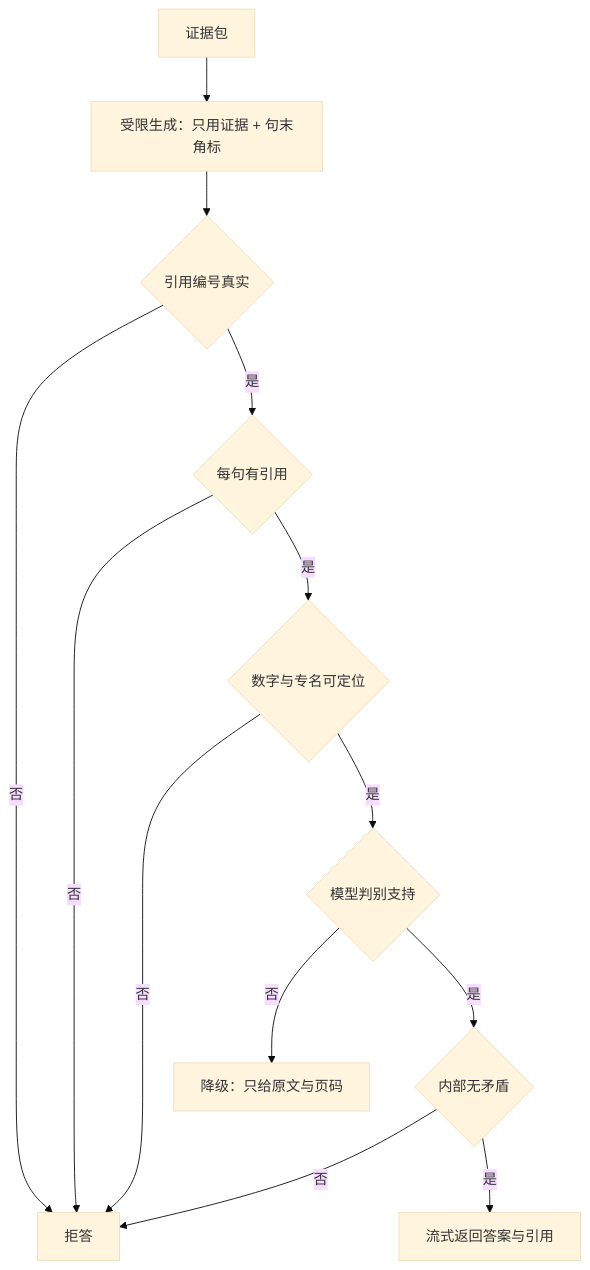
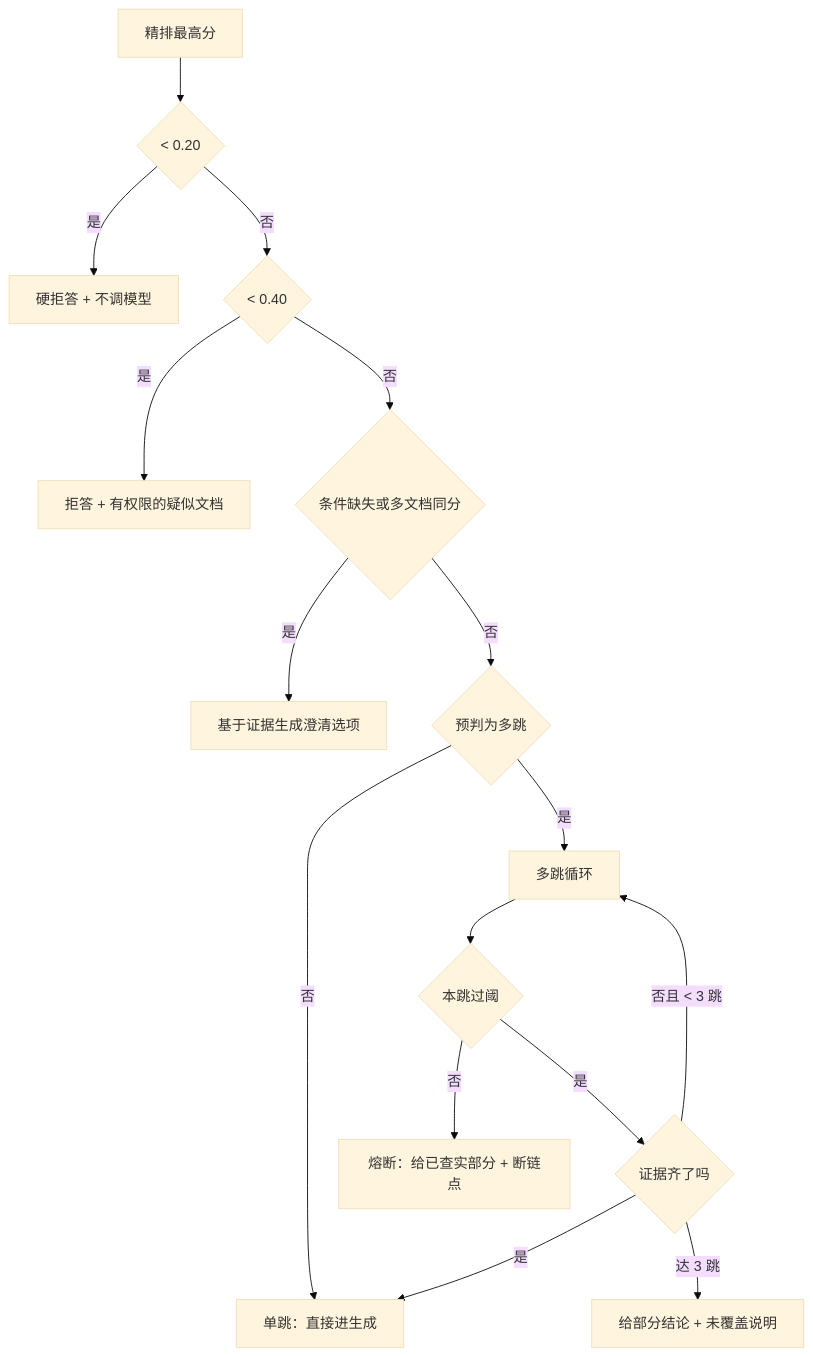
One commit to kvchen95/ai-rag changed diagram 11 of 15 in 详细设计.md. Above: the diagram before and after it, drawn with Mermaid (base theme). The commit also changed other lines of this file, not shown here.

Commit message:
docs: 重写详细设计文档，按架构图集与概要设计细化

````diff
--- a/详细设计.md
+++ b/详细设计.md
@@ -435,15 +575,18 @@
 ```mermaid
 flowchart TD
-    E["证据包"] --> G["受限生成：只用证据 + 句末角标"]
-    G --> C1{"引用编号真实"}
-    C1 -- 否 --> X["拒答"]
-    C1 -- 是 --> C2{"每句有引用"}
-    C2 -- 否 --> X
-    C2 -- 是 --> C3{"数字与专名可定位"}
-    C3 -- 否 --> X
-    C3 -- 是 --> C4{"模型判别支持"}
-    C4 -- 否 --> D["降级：只给原文与页码"]
-    C4 -- 是 --> C5{"内部无矛盾"}
-    C5 -- 否 --> X
-    C5 -- 是 --> OK["流式返回答案与引用"]
+    S["精排最高分"] --> A{"< 0.20"}
+    A -- 是 --> R1["硬拒答 + 不调模型"]
+    A -- 否 --> B{"< 0.40"}
+    B -- 是 --> R2["拒答 + 有权限的疑似文档"]
+    B -- 否 --> C{"条件缺失或多文档同分"}
+    C -- 是 --> R3["基于证据生成澄清选项"]
+    C -- 否 --> D{"预判为多跳"}
+    D -- 否 --> G["单跳：直接进生成"]
+    D -- 是 --> H["多跳循环"]
+    H --> H1{"本跳过阈"}
+    H1 -- 否 --> R4["熔断：给已查实部分 + 断链点"]
+    H1 -- 是 --> H2{"证据齐了吗"}
+    H2 -- 否且 < 3 跳 --> H
+    H2 -- 是 --> G
+    H2 -- 达 3 跳 --> R5["给部分结论 + 未覆盖说明"]
 ```
````
